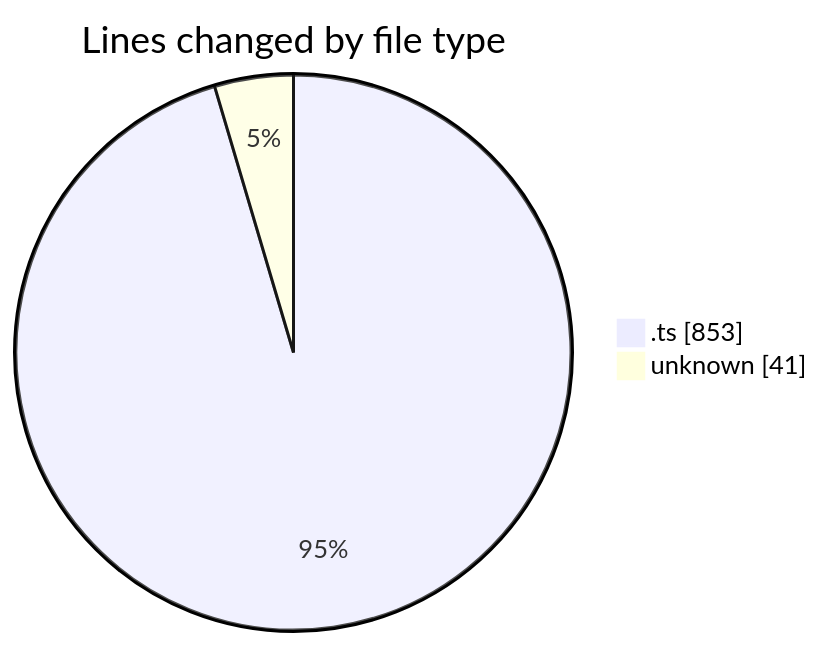
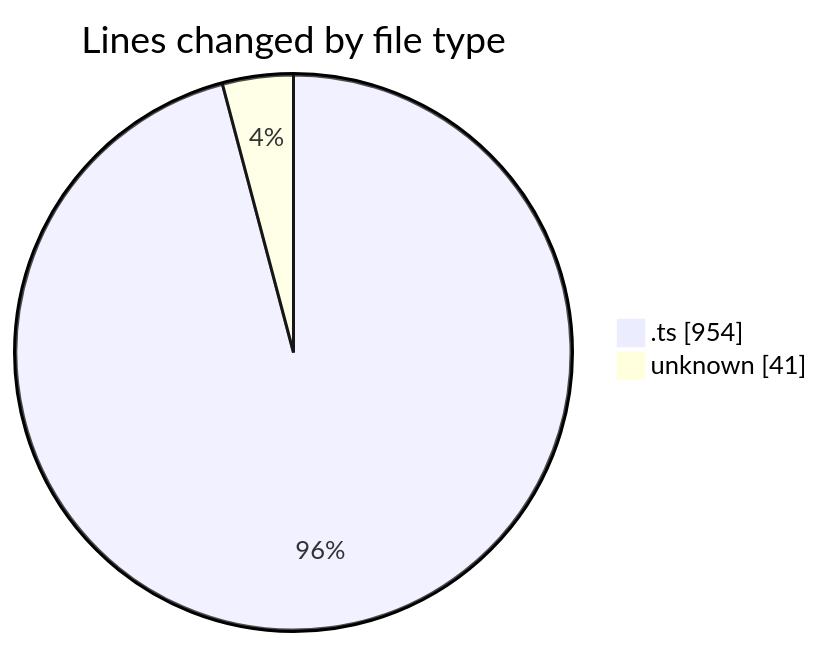
One commit to momahboobian/code-tracking changed the first of 2 diagrams in 2025-08-18/cda/README.md. Above: the diagram before and after it, drawn with Mermaid. The commit also changed other lines of this file and 1 other file, not shown here.

````diff
--- a/2025-08-18/cda/README.md
+++ b/2025-08-18/cda/README.md
@@ -23,6 +24,6 @@
 ```mermaid
 pie showData
 title Lines changed by file type
-".ts" : 853
+".ts" : 954
 "unknown" : 41
 ```
````
